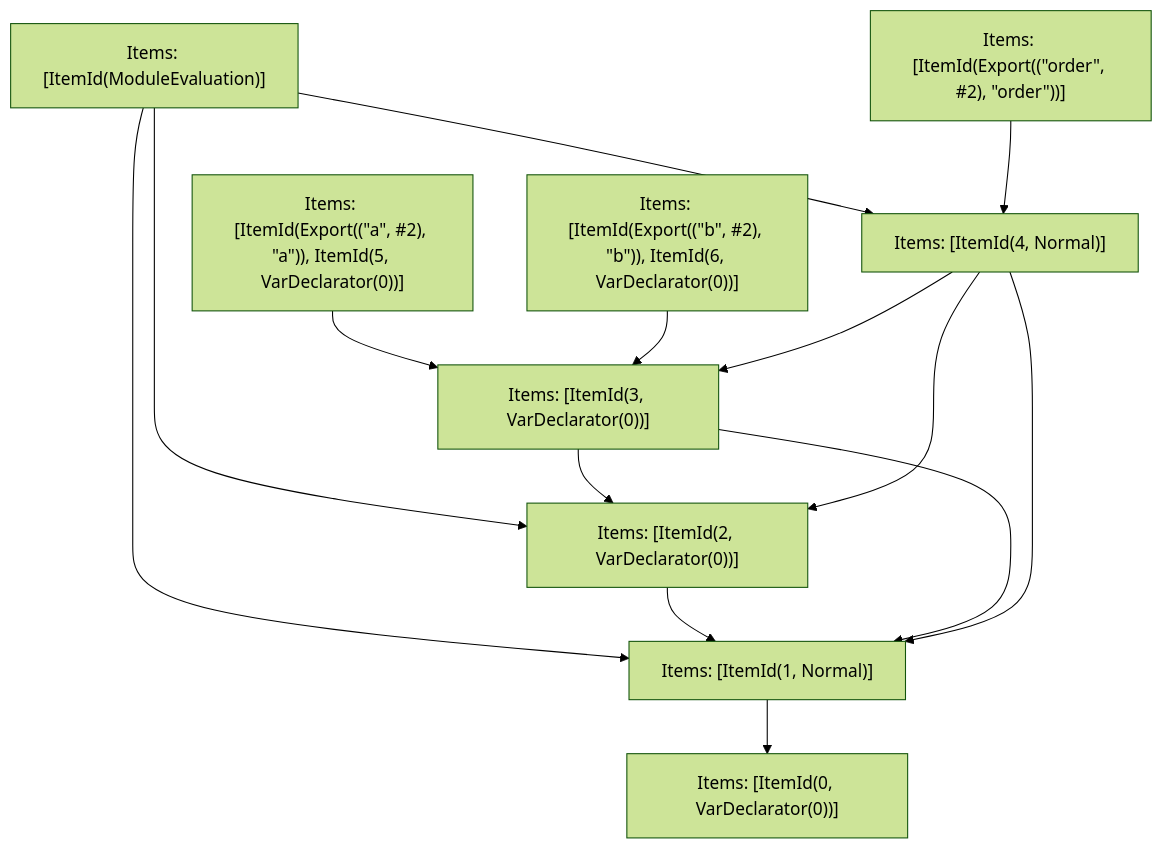
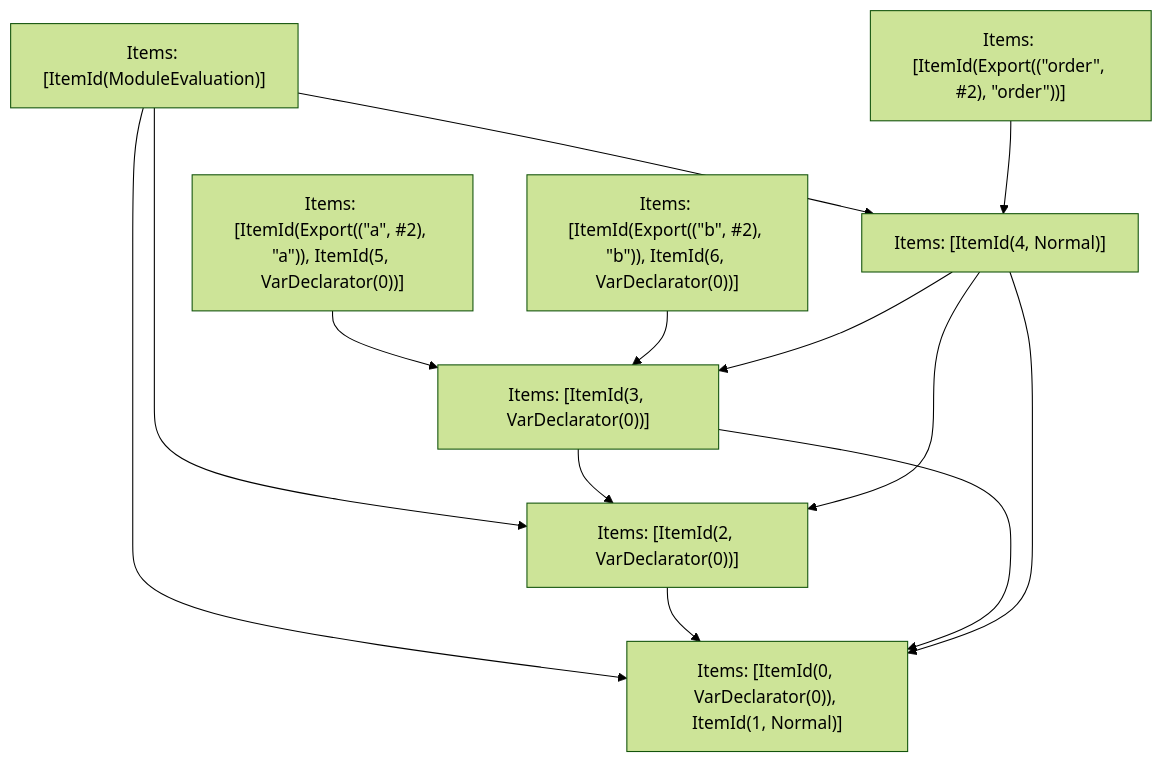
One commit to vercel/turborepo changed the fifth of 5 diagrams in crates/turbopack-ecmascript/tests/tree-shaker/analyzer/shared-2/output.md. Above: the diagram before and after it, drawn with Mermaid (forest theme). The commit also changed other lines of this file and 38 other files, not shown here.

````diff
--- a/crates/turbopack-ecmascript/tests/tree-shaker/analyzer/shared-2/output.md
+++ b/crates/turbopack-ecmascript/tests/tree-shaker/analyzer/shared-2/output.md
@@ -200,25 +200,23 @@
 ```mermaid
 graph TD
     N0["Items: [ItemId(ModuleEvaluation)]"];
     N1["Items: [ItemId(Export((&quot;order&quot;, #2), &quot;order&quot;))]"];
     N2["Items: [ItemId(Export((&quot;a&quot;, #2), &quot;a&quot;)), ItemId(5, VarDeclarator(0))]"];
     N3["Items: [ItemId(Export((&quot;b&quot;, #2), &quot;b&quot;)), ItemId(6, VarDeclarator(0))]"];
-    N4["Items: [ItemId(0, VarDeclarator(0))]"];
-    N5["Items: [ItemId(1, Normal)]"];
-    N6["Items: [ItemId(2, VarDeclarator(0))]"];
-    N7["Items: [ItemId(3, VarDeclarator(0))]"];
-    N8["Items: [ItemId(4, Normal)]"];
+    N4["Items: [ItemId(0, VarDeclarator(0)), ItemId(1, Normal)]"];
+    N5["Items: [ItemId(2, VarDeclarator(0))]"];
+    N6["Items: [ItemId(3, VarDeclarator(0))]"];
+    N7["Items: [ItemId(4, Normal)]"];
+    N0 --> N4;
     N0 --> N5;
-    N0 --> N6;
-    N0 --> N8;
-    N1 --> N8;
-    N2 --> N7;
-    N3 --> N7;
+    N0 --> N7;
+    N1 --> N7;
+    N2 --> N6;
+    N3 --> N6;
     N5 --> N4;
     N6 --> N5;
+    N6 --> N4;
     N7 --> N6;
+    N7 --> N4;
     N7 --> N5;
-    N8 --> N7;
-    N8 --> N5;
-    N8 --> N6;
 ```
````
